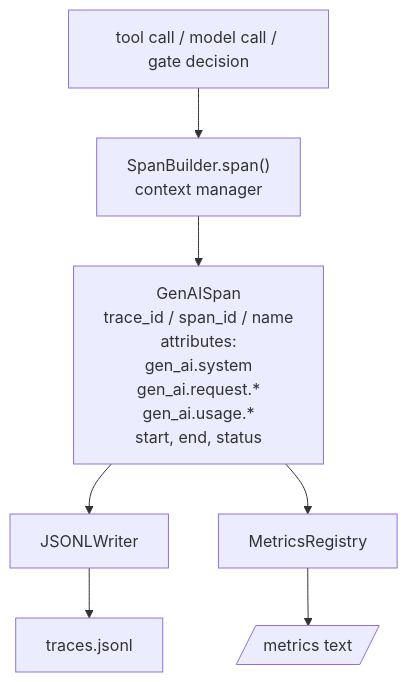
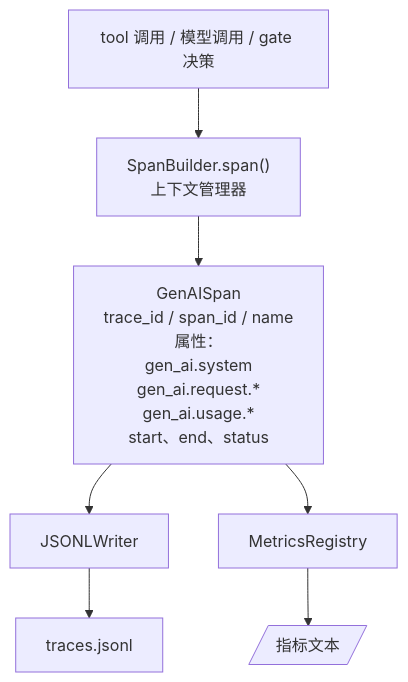
Before and after one commit to JerryC8080/ai-engineering-from-scratch-zh: the first of 2 diagrams in phases/19-capstone-projects/28-observability-otel-traces/docs/zh.md, drawn with Mermaid. The commit also changed other lines of this file and 156 other files, not shown here.

First line of the commit message:
i18n(zh): translate mermaid diagram labels in 157 lesson zh.md

````diff
--- a/phases/19-capstone-projects/28-observability-otel-traces/docs/zh.md
+++ b/phases/19-capstone-projects/28-observability-otel-traces/docs/zh.md
@@ -34,9 +34,9 @@
 ```mermaid
 flowchart TD
-  Call[tool call / model call / gate decision] --> Span["SpanBuilder.span()<br/>context manager"]
-  Span --> GenAI[GenAISpan<br/>trace_id / span_id / name<br/>attributes:<br/>gen_ai.system<br/>gen_ai.request.*<br/>gen_ai.usage.*<br/>start, end, status]
+  Call[tool 调用 / 模型调用 / gate 决策] --> Span["SpanBuilder.span()<br/>上下文管理器"]
+  Span --> GenAI[GenAISpan<br/>trace_id / span_id / name<br/>属性：<br/>gen_ai.system<br/>gen_ai.request.*<br/>gen_ai.usage.*<br/>start、end、status]
   GenAI --> Writer[JSONLWriter]
   GenAI --> Metrics[MetricsRegistry]
   Writer --> Traces[traces.jsonl]
-  Metrics --> Prom[/metrics text/]
+  Metrics --> Prom[/指标文本/]
 ```
````
